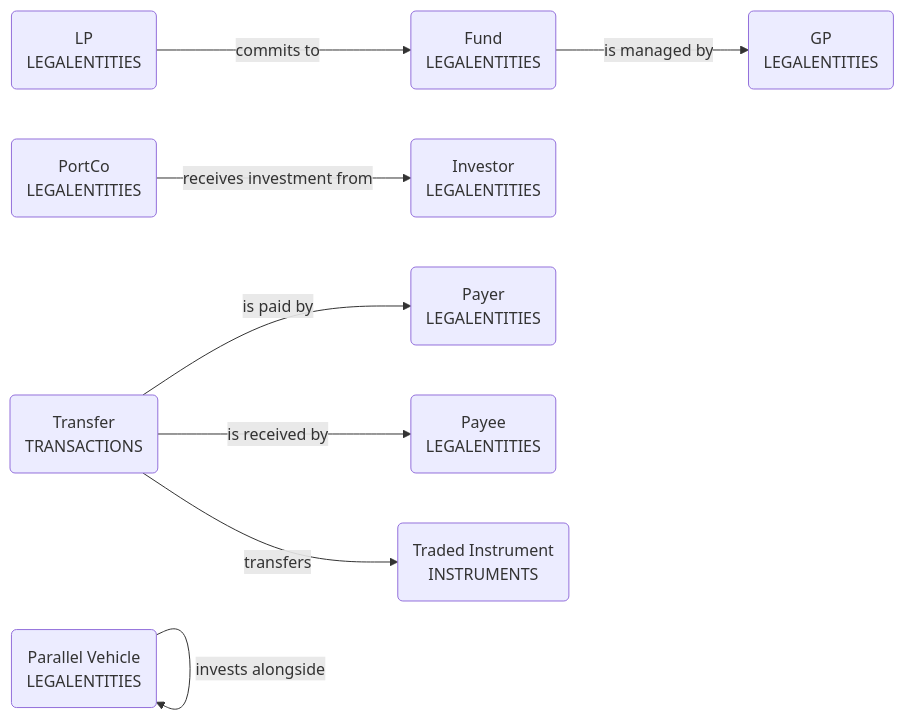
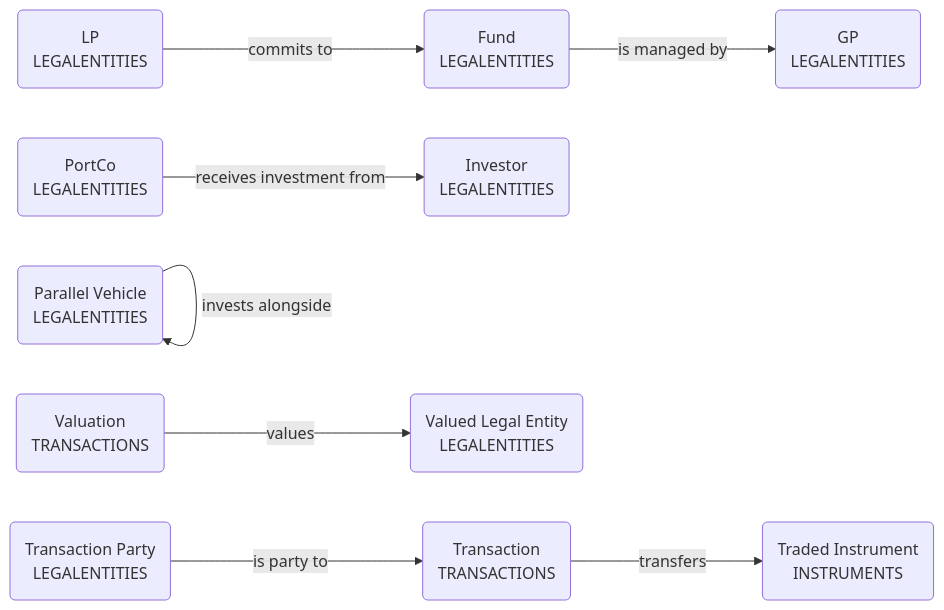
One commit to M-A-Operating-System/shared-work changed the second of 5 diagrams in docs/data-models/private-equity/private-equity-data-design-document.md. Above: the diagram before and after it, drawn with Mermaid. The commit also changed other lines of this file and 13 other files, not shown here.

````diff
--- a/docs/data-models/private-equity/private-equity-data-design-document.md
+++ b/docs/data-models/private-equity/private-equity-data-design-document.md
@@ -1048,20 +1065,21 @@
 ```mermaid
 flowchart LR
   ROL001("Fund<br>LEGALENTITIES")
   ROL002("GP<br>LEGALENTITIES")
   ROL003("LP<br>LEGALENTITIES")
   ROL004("Investor<br>LEGALENTITIES")
   ROL005("PortCo<br>LEGALENTITIES")
   ROL006("Parallel Vehicle<br>LEGALENTITIES")
-  ROL007("Transfer<br>TRANSACTIONS")
-  ROL008("Payer<br>LEGALENTITIES")
-  ROL009("Payee<br>LEGALENTITIES")
+  ROL007("Transaction<br>TRANSACTIONS")
+  ROL008("Transaction Party<br>LEGALENTITIES")
   ROL010("Traded Instrument<br>INSTRUMENTS")
+  ROL011("Valuation<br>TRANSACTIONS")
+  ROL012("Valued Legal Entity<br>LEGALENTITIES")
   ROL001 -->|"is managed by"| ROL002
   ROL003 -->|"commits to"| ROL001
   ROL005 -->|"receives investment from"| ROL004
   ROL006 -->|"invests alongside"| ROL006
-  ROL007 -->|"is paid by"| ROL008
-  ROL007 -->|"is received by"| ROL009
+  ROL008 -->|"is party to"| ROL007
   ROL007 -->|"transfers"| ROL010
+  ROL011 -->|"values"| ROL012
 ```
````
